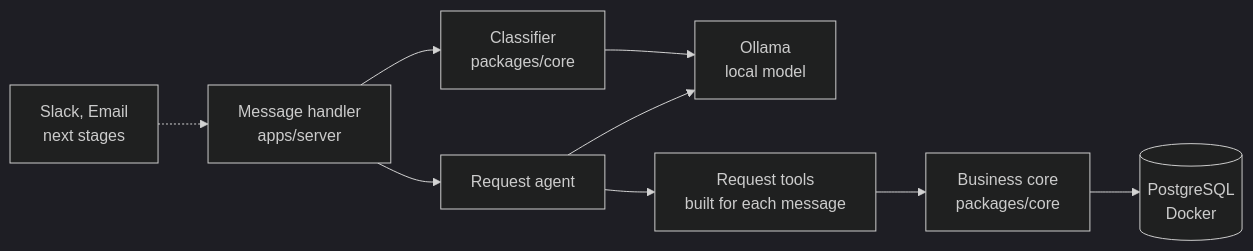
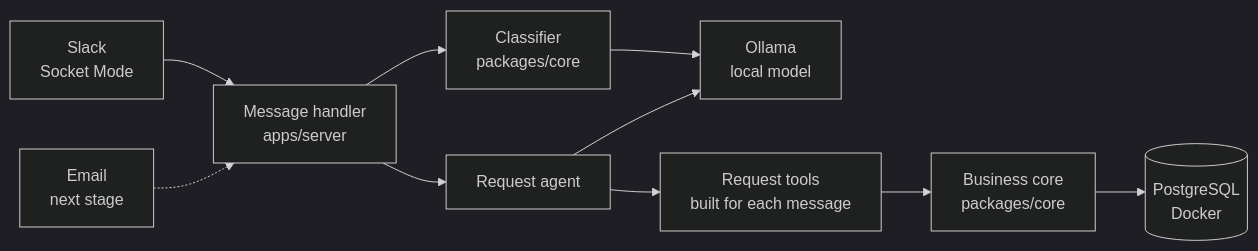
The diagram in README.md (Alvi16/Request-agent), drawn with Mermaid (dark theme) before and after one commit. The commit also changed other lines of this file and 1 other file, not shown here.

Commit message:
docs: describe how to connect Slack and why Socket Mode

````diff
--- a/README.md
+++ b/README.md
@@ -25,11 +25,12 @@
 ```mermaid
 flowchart LR
-    Channels["Slack, Email<br/>next stages"] -.-> Handler["Message handler<br/>apps/server"]
+    Slack["Slack<br/>Socket Mode"] --> Handler["Message handler<br/>apps/server"]
+    Email["Email<br/>next stage"] -.-> Handler
     Handler --> Classifier["Classifier<br/>packages/core"]
     Classifier --> Ollama
     Handler --> Agent[Request agent]
     Agent --> Ollama["Ollama<br/>local model"]
     Agent --> Tools["Request tools<br/>built for each message"]
     Tools --> Core["Business core<br/>packages/core"]
     Core --> Postgres[("PostgreSQL<br/>Docker")]
 ```
````
